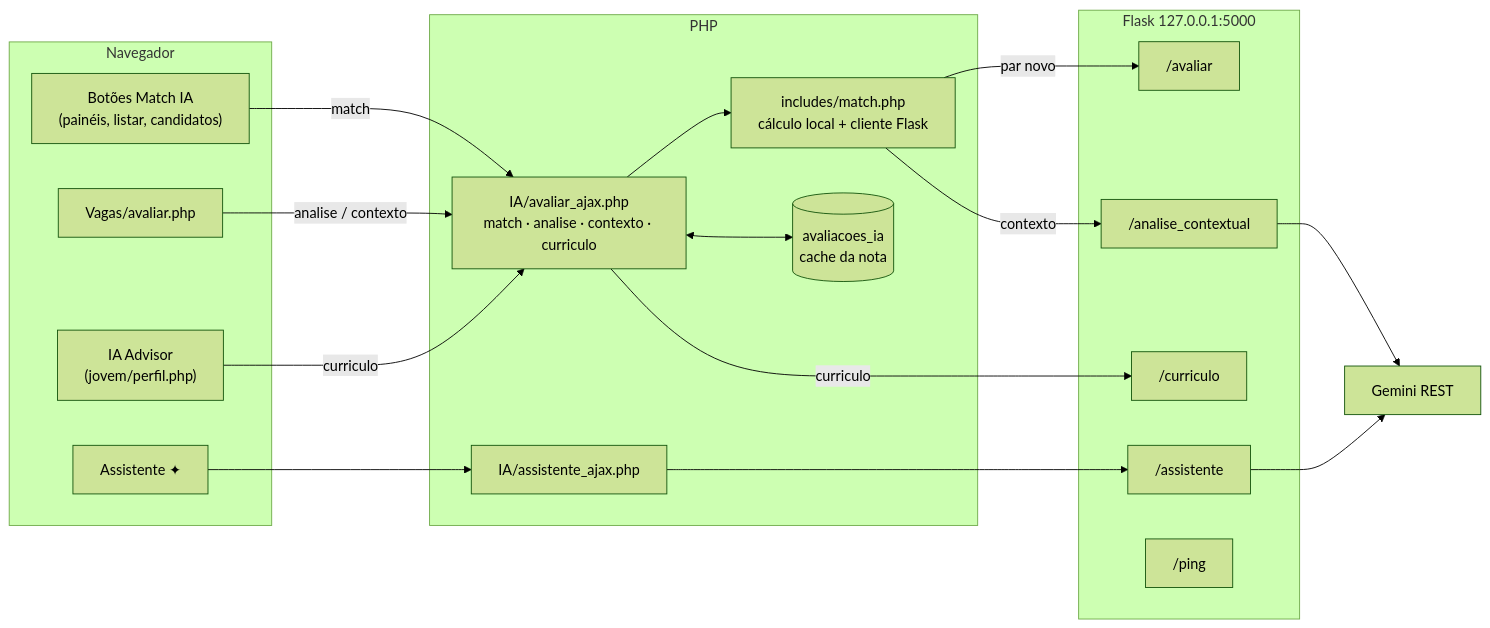
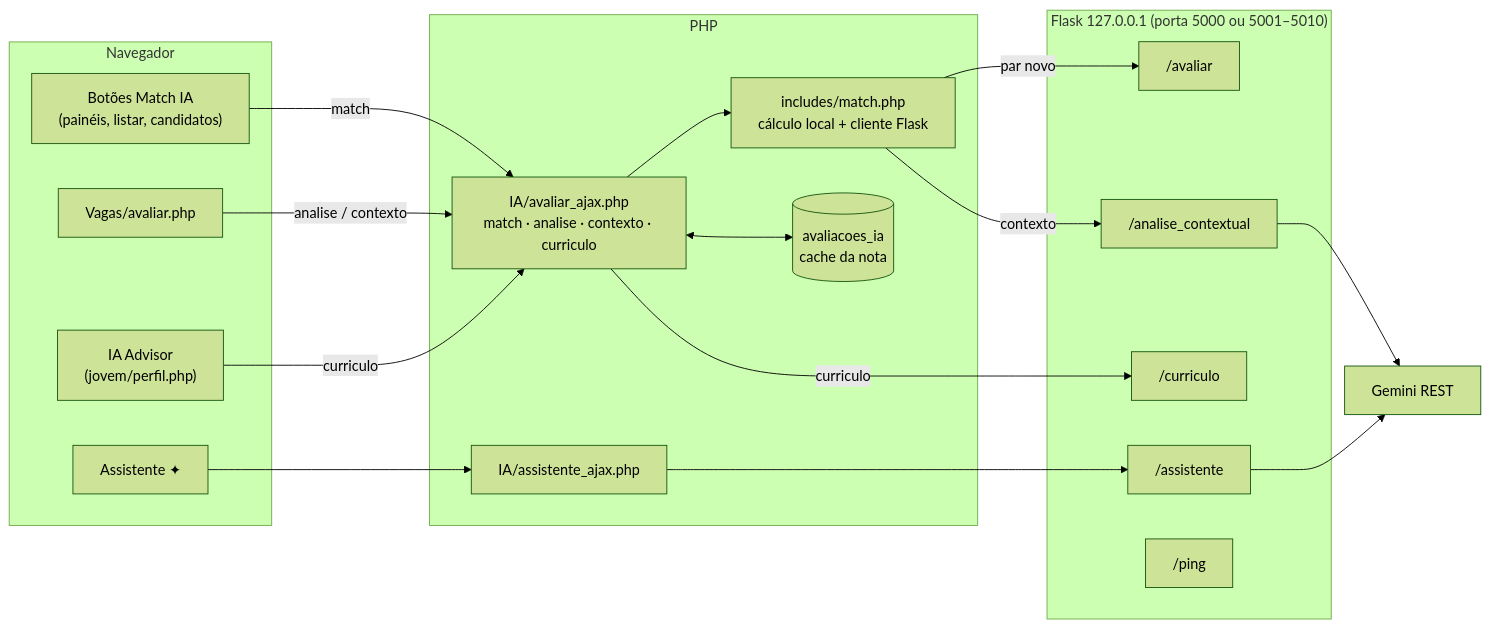
The first of 2 diagrams in docs/IA_E_MATCH.md (KingTedious/AESTUS), drawn with Mermaid (forest theme) before and after one commit. The commit also changed 15 other files, not shown here.

````diff
--- a/docs/IA_E_MATCH.md
+++ b/docs/IA_E_MATCH.md
@@ -22,35 +22,35 @@
 ```mermaid
 flowchart LR
     subgraph NAV["Navegador"]
         B1["Botões Match IA<br/>(painéis, listar, candidatos)"]
         B2["Vagas/avaliar.php"]
         B3["IA Advisor<br/>(jovem/perfil.php)"]
         B4["Assistente ✦"]
     end
     subgraph PHP["PHP"]
         AJ["IA/avaliar_ajax.php<br/>match · analise · contexto · curriculo"]
         AS["IA/assistente_ajax.php"]
         MP["includes/match.php<br/>cálculo local + cliente Flask"]
         CA[("avaliacoes_ia<br/>cache da nota")]
     end
-    subgraph FL["Flask 127.0.0.1:5000"]
+    subgraph FL["Flask 127.0.0.1 (porta 5000 ou 5001–5010)"]
         R1["/avaliar"]
         R2["/curriculo"]
         R3["/analise_contextual"]
         R4["/assistente"]
         R5["/ping"]
     end
     GM["Gemini REST"]
     B1 -->|match| AJ
     B2 -->|analise / contexto| AJ
     B3 -->|curriculo| AJ
     B4 --> AS
     AJ --> MP
     AJ <--> CA
     MP -->|par novo| R1
     AJ -->|curriculo| R2
     MP -->|contexto| R3
     AS --> R4
     R3 --> GM
     R4 --> GM
 ```
````
